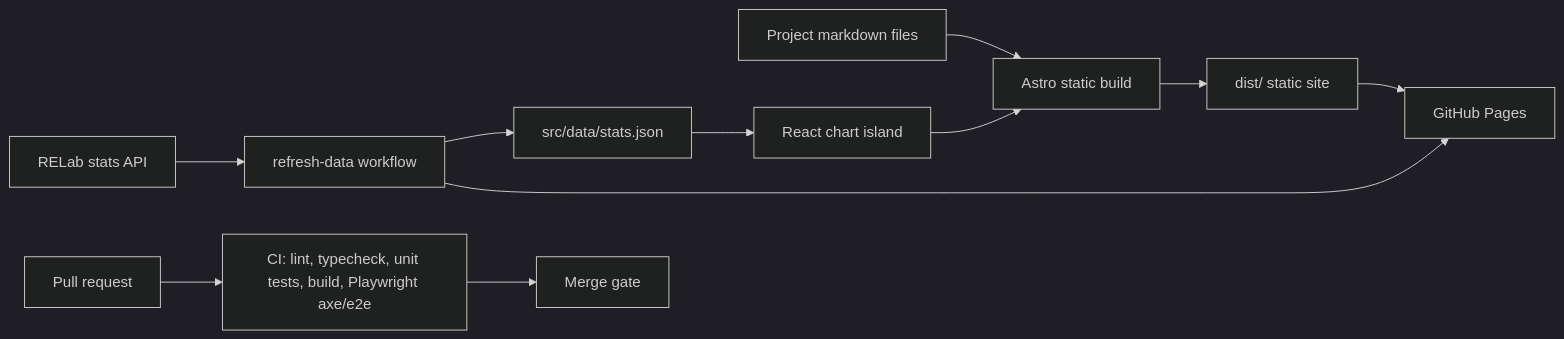
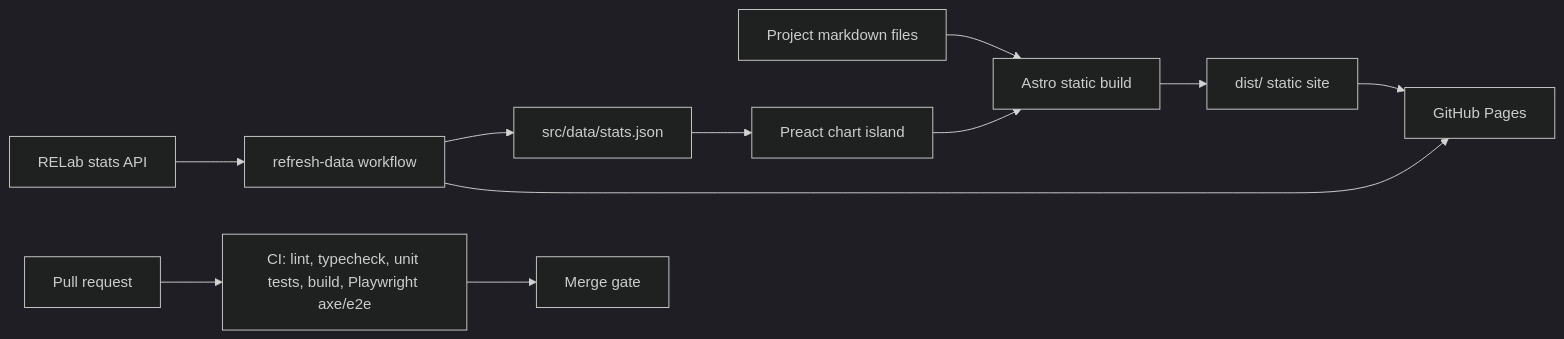
One commit to simonvanlierde/simonvanlierde.github.io changed the diagram in docs/architecture.md. Above: the diagram before and after it, drawn with Mermaid (dark theme). The commit also changed 7 other files, not shown here.

````diff
--- a/docs/architecture.md
+++ b/docs/architecture.md
@@ -5,15 +5,15 @@
 ```mermaid
 flowchart LR
   author[Project markdown files] --> astro[Astro static build]
-  stats[src/data/stats.json] --> island[React chart island]
+  stats[src/data/stats.json] --> island[Preact chart island]
   island --> astro
   astro --> dist[dist/ static site]
   dist --> pages[GitHub Pages]
 
   relab[RELab stats API] --> refresh[refresh-data workflow]
   refresh --> stats
   refresh --> pages
 
   pr[Pull request] --> ci[CI: lint, typecheck, unit tests, build, Playwright axe/e2e]
   ci --> review[Merge gate]
 ```
````
